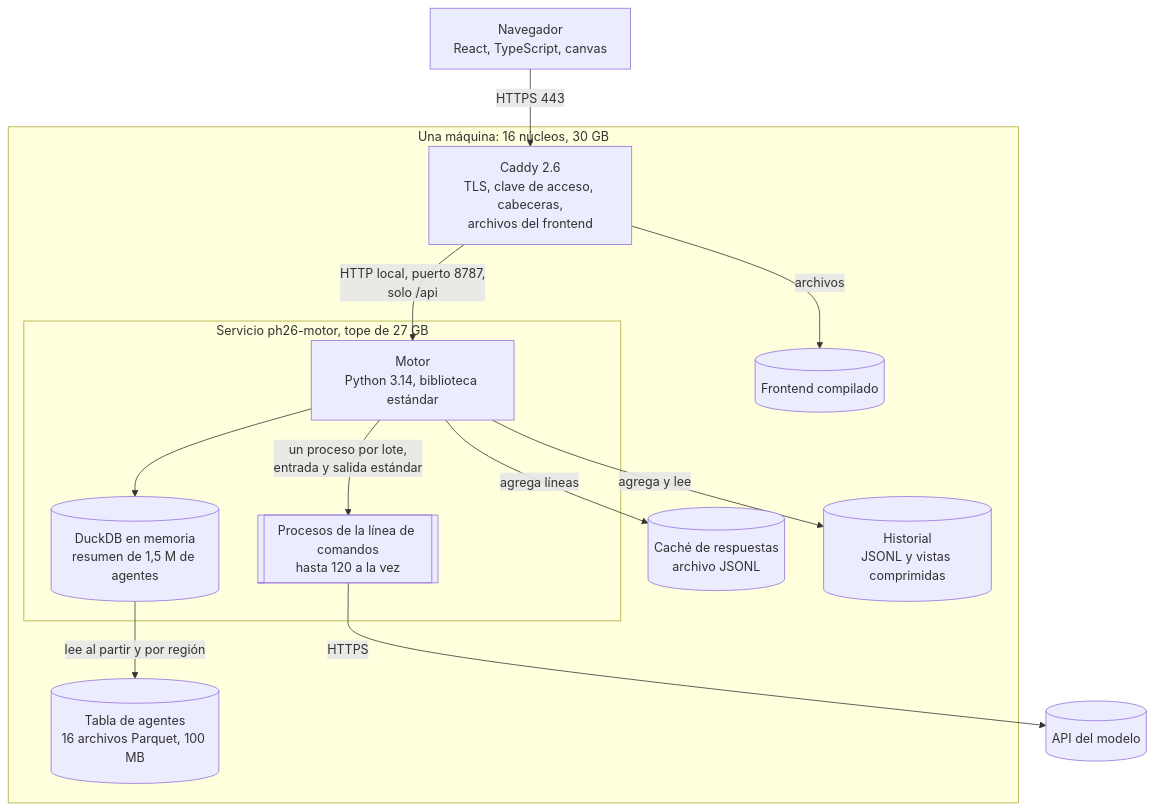
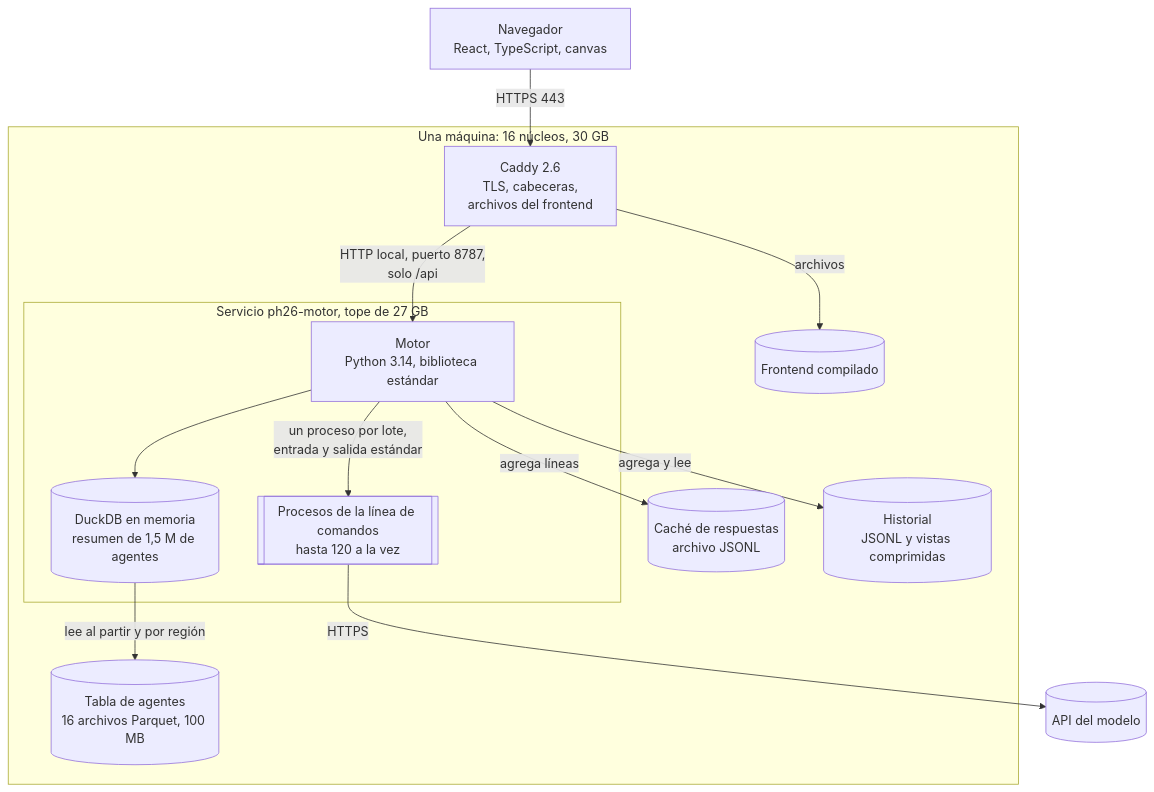
The second of 3 diagrams in docs/backend/02-arquitectura.md (platanus-hack/platanus-hack-26-cl-team-28), drawn with Mermaid before and after one commit. The commit also changed other lines of this file and 7 other files, not shown here.

Commit message:
El sitio queda abierto sin clave de acceso; documentación de backend e infraestructura al día

````diff
--- a/docs/backend/02-arquitectura.md
+++ b/docs/backend/02-arquitectura.md
@@ -72,27 +72,27 @@
 ```mermaid
 flowchart TB
     nav["Navegador<br/>React, TypeScript, canvas"]
     subgraph maquina ["Una máquina: 16 núcleos, 30 GB"]
-        caddy["Caddy 2.6<br/>TLS, clave de acceso, cabeceras,<br/>archivos del frontend"]
+        caddy["Caddy 2.6<br/>TLS, cabeceras,<br/>archivos del frontend"]
         subgraph servicio ["Servicio ph26-motor, tope de 27 GB"]
             motor["Motor<br/>Python 3.14, biblioteca estándar"]
             duck[("DuckDB en memoria<br/>resumen de 1,5 M de agentes")]
             cli[["Procesos de la línea de comandos<br/>hasta 120 a la vez"]]
         end
         agentes[("Tabla de agentes<br/>16 archivos Parquet, 100 MB")]
         cache[("Caché de respuestas<br/>archivo JSONL")]
         hist[("Historial<br/>JSONL y vistas comprimidas")]
         estatico[("Frontend compilado")]
     end
     api[("API del modelo")]
 
     nav -->|"HTTPS 443"| caddy
     caddy -->|archivos| estatico
     caddy -->|"HTTP local, puerto 8787,<br/>solo /api"| motor
     motor --> duck
     duck -->|"lee al partir y por región"| agentes
     motor -->|"un proceso por lote,<br/>entrada y salida estándar"| cli
     cli -->|HTTPS| api
     motor -->|agrega líneas| cache
     motor -->|agrega y lee| hist
 ```
````
